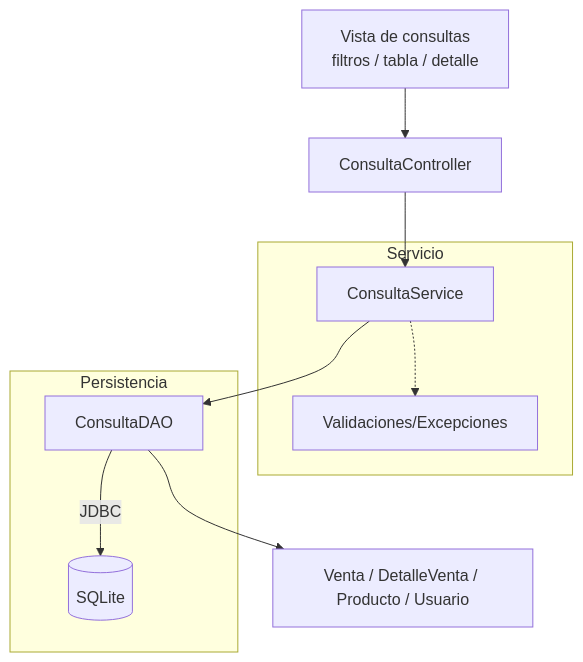
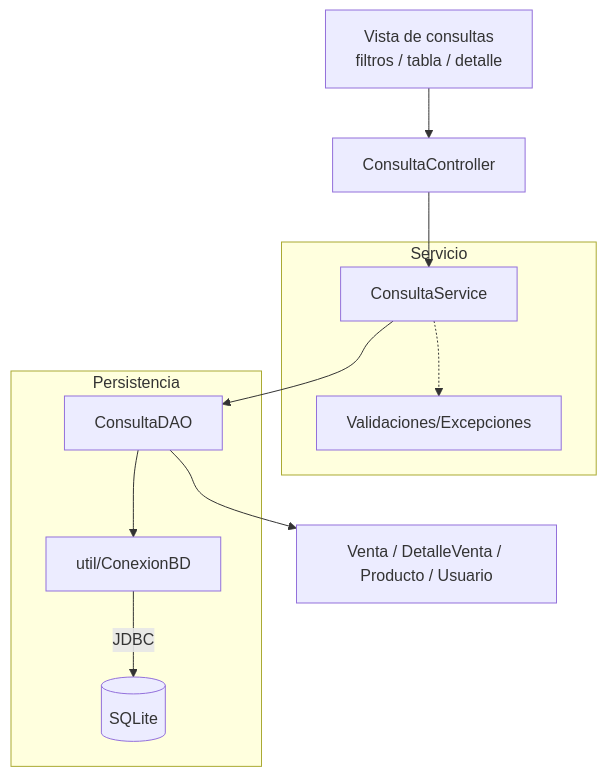
The diagram in docs/S11_Consultas_Integradas_Pruebas.md (262poo/comarket), drawn with Mermaid before and after one commit. The commit also changed other lines of this file and 10 other files, not shown here.

````diff
--- a/docs/S11_Consultas_Integradas_Pruebas.md
+++ b/docs/S11_Consultas_Integradas_Pruebas.md
@@ -60,24 +61,26 @@
 ```mermaid
 flowchart TB
     Vista["Vista de consultas<br/>filtros / tabla / detalle"]
     Controlador["ConsultaController"]
 
     subgraph Servicio["Servicio"]
         ConsultaService["ConsultaService"]
         Validaciones["Validaciones/Excepciones"]
     end
 
     subgraph Persistencia["Persistencia"]
         ConsultaDAO["ConsultaDAO"]
+        ConexionBD["util/ConexionBD"]
         SQLite[("SQLite")]
     end
 
     Entidades["Venta / DetalleVenta / Producto / Usuario"]
 
     Vista --> Controlador
     Controlador --> ConsultaService
     ConsultaService -.-> Validaciones
     ConsultaService --> ConsultaDAO
     ConsultaDAO --> Entidades
-    ConsultaDAO -->|"JDBC"| SQLite
+    ConsultaDAO --> ConexionBD
+    ConexionBD -->|"JDBC"| SQLite
 ```
````
